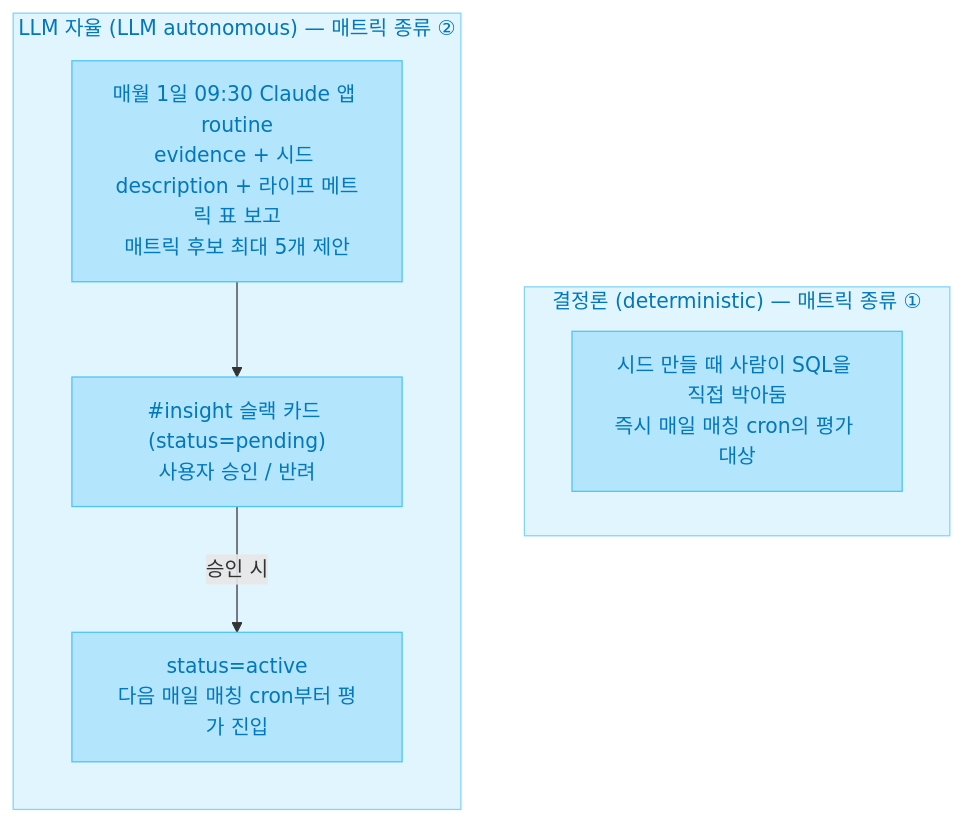
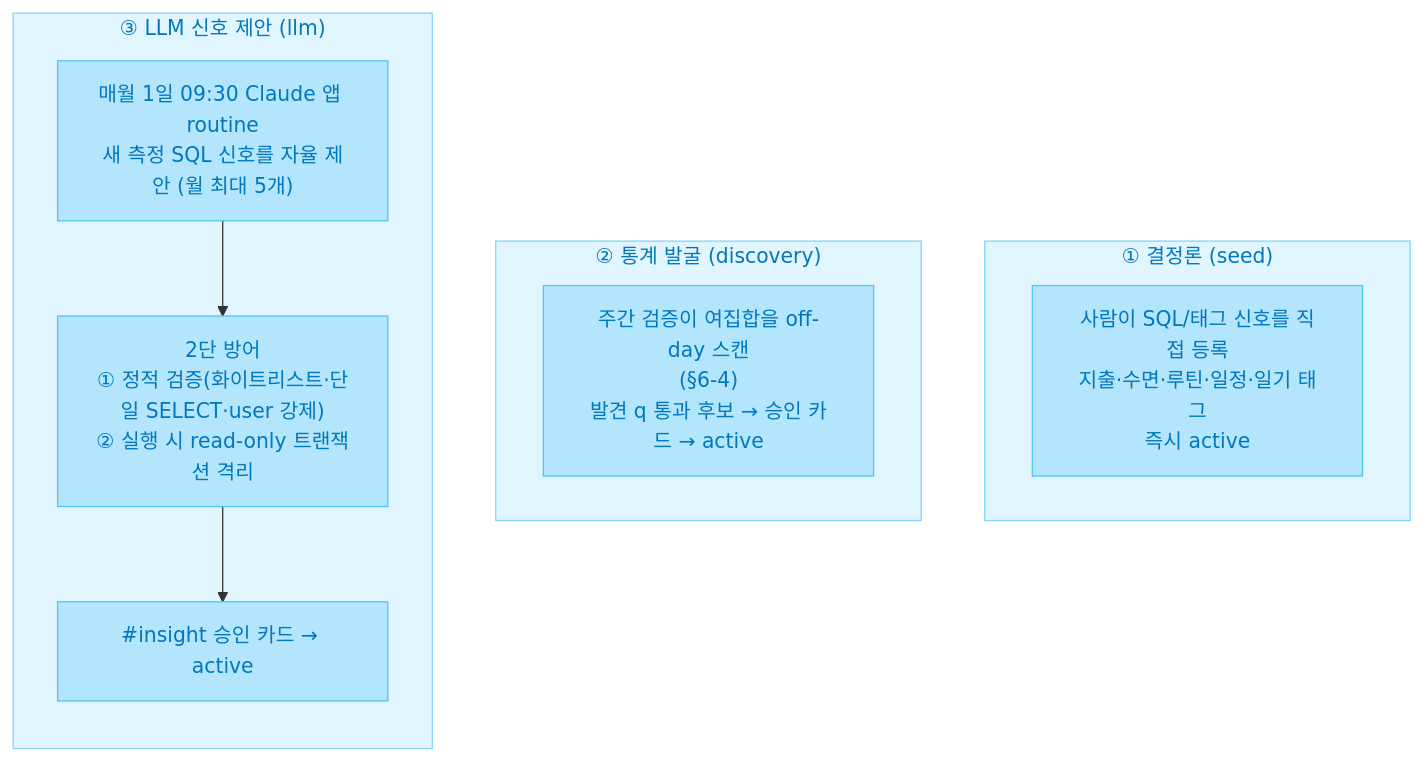
The seventh of 8 diagrams in docs/explainers/insight-v2.md (hyewon3938/slack-ai-agents), drawn with Mermaid before and after one commit. The commit also changed other lines of this file, not shown here.

First line of the commit message:
docs(insight): explainer v2 메인을 #477 검증 재설계에 맞춰 재작성

````diff
--- a/docs/explainers/insight-v2.md
+++ b/docs/explainers/insight-v2.md
@@ -394,20 +362,23 @@
 ```mermaid
 flowchart TB
-  subgraph DET["결정론 (deterministic) — 매트릭 종류 ①"]
-    DET1["시드 만들 때 사람이 SQL을 직접 박아둠<br/>즉시 매일 매칭 cron의 평가 대상"]
+  subgraph DET["① 결정론 (seed)"]
+    DET1["사람이 SQL/태그 신호를 직접 등록<br/>지출·수면·루틴·일정·일기 태그<br/>즉시 active"]
   end
 
-  subgraph LLM["LLM 자율 (LLM autonomous) — 매트릭 종류 ②"]
+  subgraph DISC["② 통계 발굴 (discovery)"]
+    DISC1["주간 검증이 여집합을 off-day 스캔<br/>(§6-4)<br/>발견 q 통과 후보 → 승인 카드 → active"]
+  end
+
+  subgraph LLM["③ LLM 신호 제안 (llm)"]
     direction TB
-    L1["매월 1일 09:30 Claude 앱 routine<br/>evidence + 시드 description + 라이프 메트릭 표 보고<br/>매트릭 후보 최대 5개 제안"]
-    L2["#insight 슬랙 카드 (status=pending)<br/>사용자 승인 / 반려"]
-    L3["status=active<br/>다음 매일 매칭 cron부터 평가 진입"]
-    L1 --> L2
-    L2 -- 승인 시 --> L3
+    L1["매월 1일 09:30 Claude 앱 routine<br/>새 측정 SQL 신호를 자율 제안 (월 최대 5개)"]
+    L2["2단 방어<br/>① 정적 검증(화이트리스트·단일 SELECT·user 강제)<br/>② 실행 시 read-only 트랜잭션 격리"]
+    L3["#insight 승인 카드 → active"]
+    L1 --> L2 --> L3
   end
 
   classDef metricBox fill:#E1F5FE,stroke:#81D4FA,color:#0277BD
   classDef metricNode fill:#B3E5FC,stroke:#4FC3F7,color:#0277BD
-  class DET,LLM metricBox
-  class DET1,L1,L2,L3 metricNode
+  class DET,DISC,LLM metricBox
+  class DET1,DISC1,L1,L2,L3 metricNode
 ```
````
